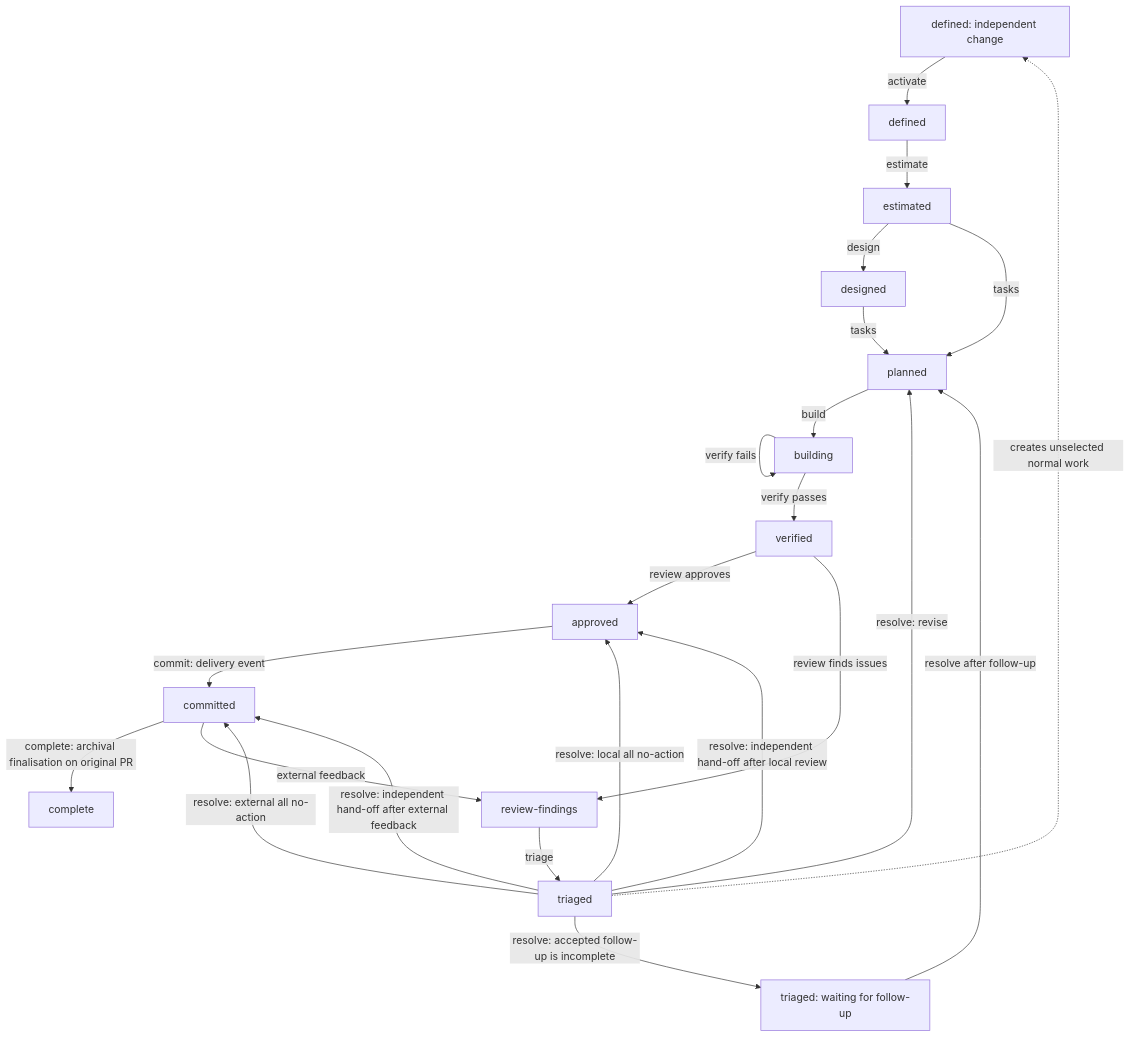
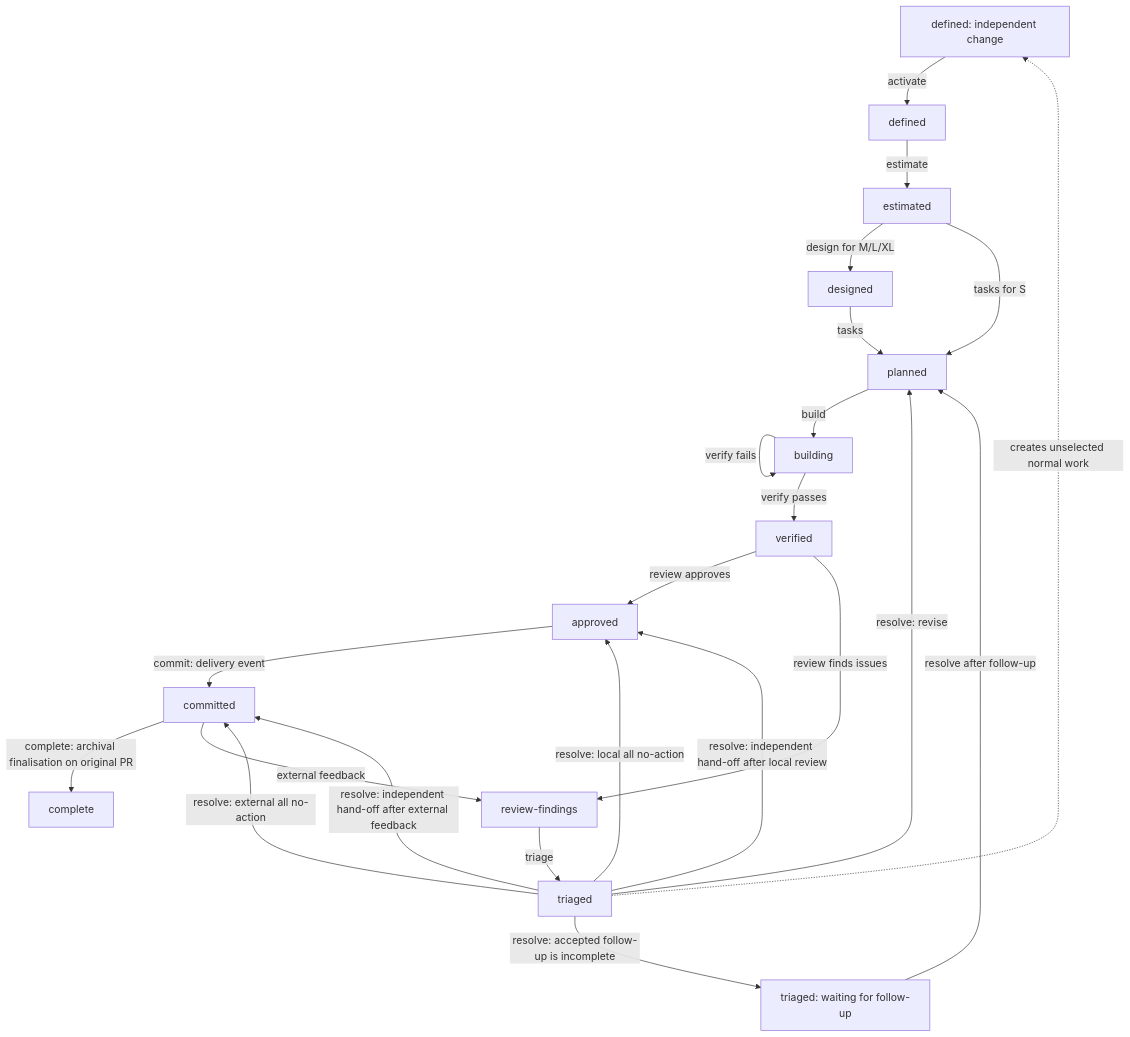
The first of 3 diagrams in docs/LIFECYCLE.md (deeprave/specle), drawn with Mermaid before and after one commit. The commit also changed other lines of this file and 35 other files, not shown here.

````diff
--- a/docs/LIFECYCLE.md
+++ b/docs/LIFECYCLE.md
@@ -77,26 +77,26 @@
 ```mermaid
 flowchart TB
   unselected_defined[unselected defined] -->|activate| defined
   defined -->|estimate| estimated
-  estimated -->|design| designed
-  estimated -->|tasks| planned
+  estimated -->|design for M/L/XL| designed
+  estimated -->|tasks for S| planned
   designed -->|tasks| planned
   planned -->|build| building
   building -->|build| building
   building -->|verify passes| verified
   building -->|verify fails| building
   verified -->|review approves| approved
   approved -->|commit: delivery event| committed
   committed -->|complete: archival finalisation on original PR| complete
   committed -->|external feedback| review_findings
   verified -->|review finds issues| review_findings[review-findings]
   review_findings -->|triage| triaged
   triaged -->|resolve: revise| planned
   triaged -->|resolve: accepted follow-up is incomplete| waiting[triaged: waiting for follow-up]
   waiting -->|resolve after follow-up| planned
   triaged -->|resolve: local all no-action| approved
   triaged -->|resolve: external all no-action| committed
   triaged -->|resolve: independent hand-off after local review| approved
   triaged -->|resolve: independent hand-off after external feedback| committed
   triaged -.->|creates unselected normal work| unselected_defined[defined: independent change]
 ```
````
